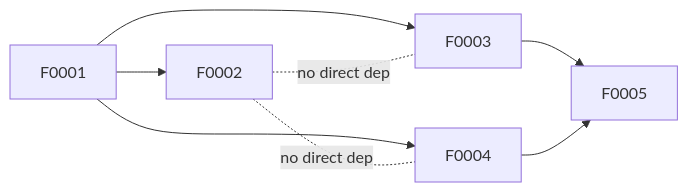
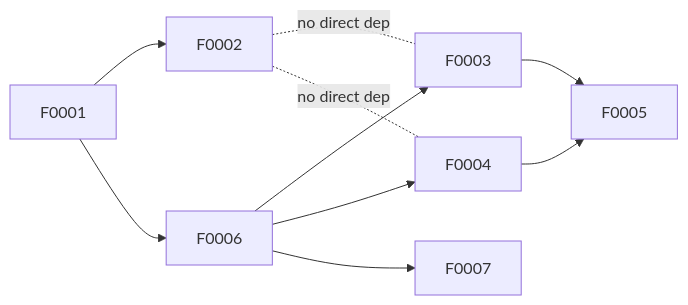
Before and after one commit to Nosmoht/agentic-control: the diagram in docs/plans/project-plan.md, drawn with Mermaid. The commit also changed other lines of this file and 7 other files, not shown here.

First line of the commit message:
docs(spec): wrap v0.3.0-draft — index, spec table, plan graph, meta, changelog

````diff
--- a/docs/plans/project-plan.md
+++ b/docs/plans/project-plan.md
@@ -46,10 +48,12 @@
 ```mermaid
 graph LR
   F0001 --> F0002
-  F0001 --> F0003
-  F0001 --> F0004
+  F0001 --> F0006
+  F0006 --> F0003
+  F0006 --> F0004
+  F0006 --> F0007
   F0003 --> F0005
   F0004 --> F0005
   F0002 -.no direct dep.- F0003
   F0002 -.no direct dep.- F0004
 ```
````
